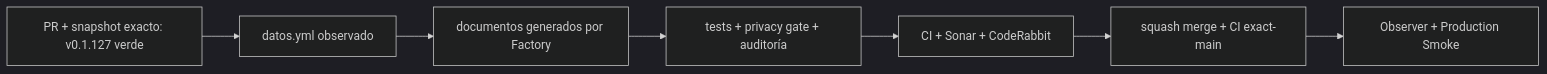
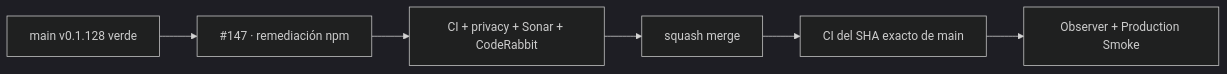
Before and after one commit to pl0n3r/GrindFlow: the diagram in README.md, drawn with Mermaid (dark theme). The commit also changed other lines of this file and 3 other files, not shown here.

````diff
--- a/README.md
+++ b/README.md
@@ -46,9 +50,8 @@
 ```mermaid
 flowchart LR
- A["PR + snapshot exacto: v0.1.127 verde"] --> B["datos.yml observado"]
- B --> C["documentos generados por Factory"]
- C --> D["tests + privacy gate + auditoría"]
- D --> M["CI + Sonar + CodeRabbit"]
- M --> X["squash merge + CI exact-main"]
- X --> S["Observer + Production Smoke"]
+  A["main v0.1.128 verde"] --> B["#147 · remediación npm"]
+  B --> C["CI + privacy + Sonar + CodeRabbit"]
+  C --> M["squash merge"]
+  M --> X["CI del SHA exacto de main"]
+  X --> P["Observer + Production Smoke"]
 ```
````
